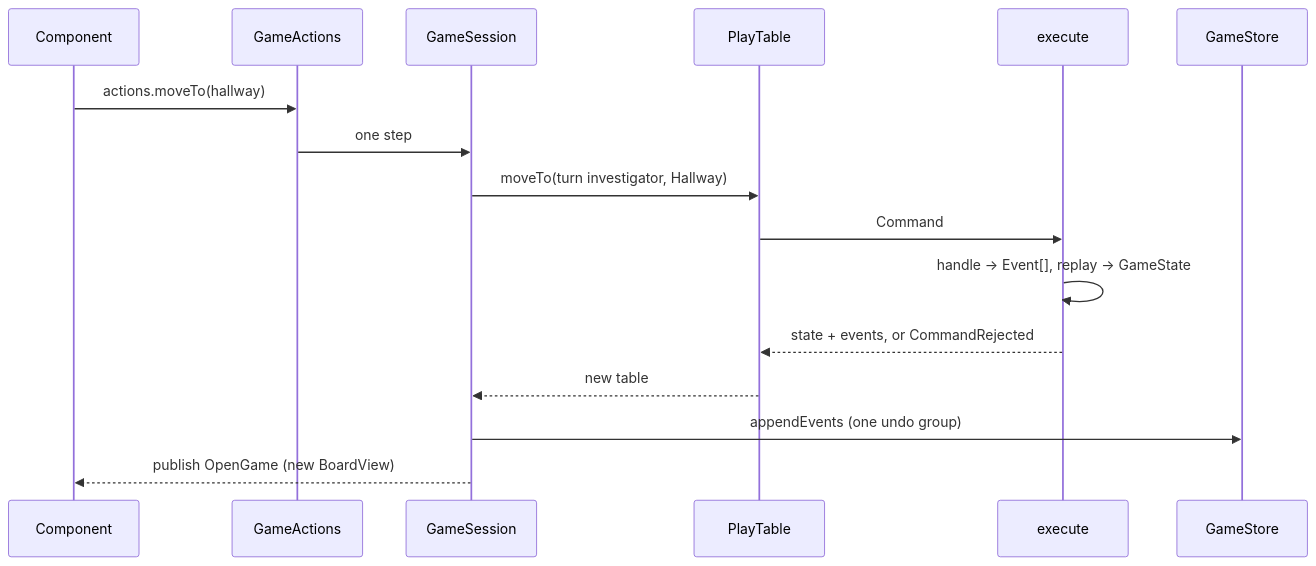
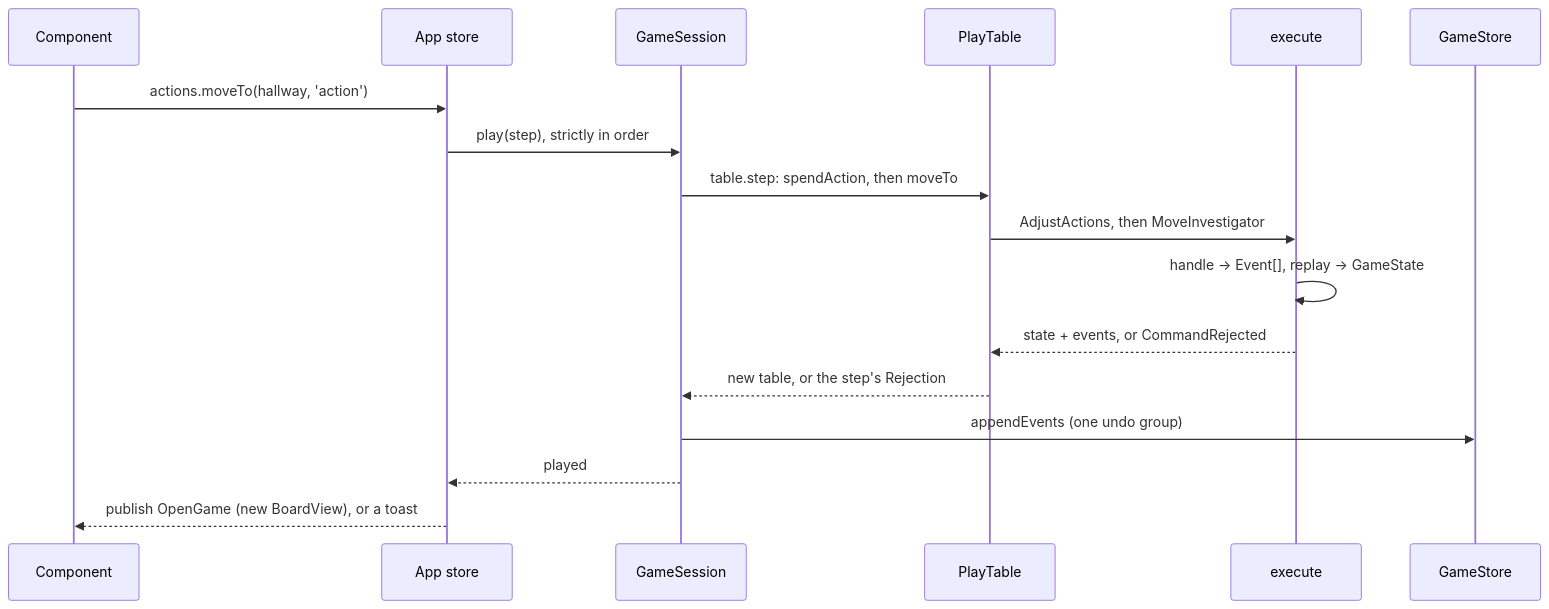
Before and after one commit to macandy13/arkham-companion: the second of 6 diagrams in docs/architecture.md, drawn with Mermaid. The commit also changed other lines of this file and 2 other files, not shown here.

````diff
--- a/docs/architecture.md
+++ b/docs/architecture.md
@@ -52,18 +52,19 @@
 ```mermaid
 sequenceDiagram
   participant UI as Component
-  participant GA as GameActions
+  participant AS as App store
   participant GS as GameSession
   participant PT as PlayTable
   participant E as execute
   participant DB as GameStore
-  UI->>GA: actions.moveTo(hallway)
-  GA->>GS: one step
-  GS->>PT: moveTo(turn investigator, Hallway)
-  PT->>E: Command
+  UI->>AS: actions.moveTo(hallway, 'action')
+  AS->>GS: play(step), strictly in order
+  GS->>PT: table.step: spendAction, then moveTo
+  PT->>E: AdjustActions, then MoveInvestigator
   E->>E: handle → Event[], replay → GameState
   E-->>PT: state + events, or CommandRejected
-  PT-->>GS: new table
+  PT-->>GS: new table, or the step's Rejection
   GS->>DB: appendEvents (one undo group)
-  GS-->>UI: publish OpenGame (new BoardView)
+  GS-->>AS: played
+  AS-->>UI: publish OpenGame (new BoardView), or a toast
 ```
````
